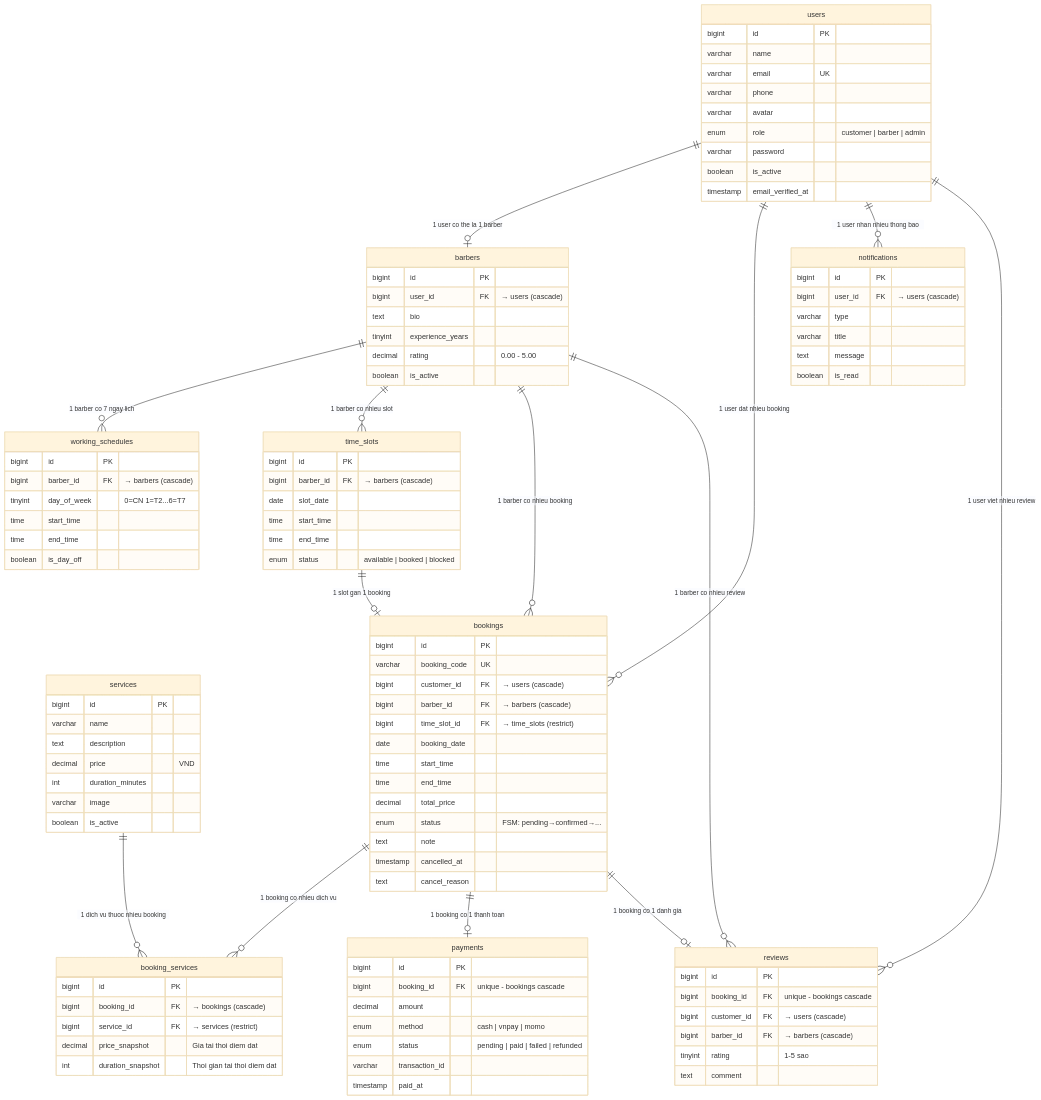
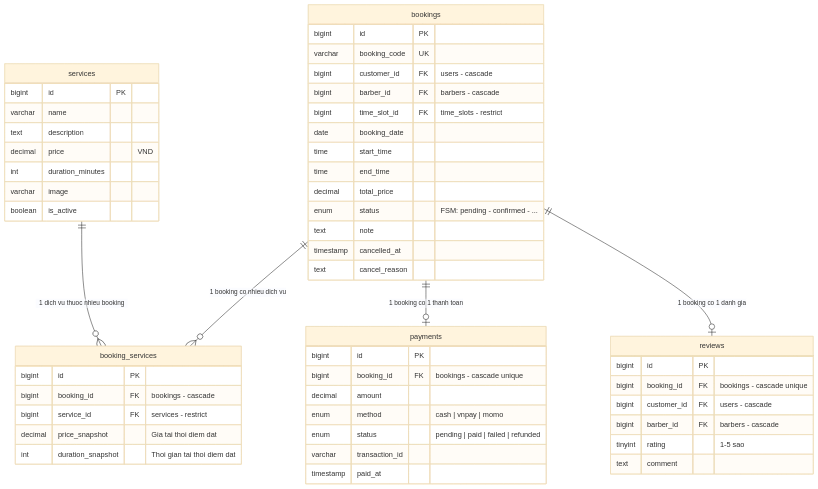
One commit to ahryxx0602/barber-shop-booking changed the third of 3 diagrams in docs/handbook.md. Above: the diagram before and after it, drawn with Mermaid (base theme).

Commit message:
docs:  handbook documentation.

````diff
--- a/docs/handbook.md
+++ b/docs/handbook.md
@@ -1682,24 +1759,19 @@
 ```mermaid
 erDiagram
-    users {
+    bookings {
         bigint id PK
-        varchar name
-        varchar email UK
-        varchar phone
-        varchar avatar
-        enum role "customer | barber | admin"
-        varchar password
-        boolean is_active
-        timestamp email_verified_at
-    }
-
-    barbers {
-        bigint id PK
-        bigint user_id FK "→ users (cascade)"
-        text bio
-        tinyint experience_years
-        decimal rating "0.00 - 5.00"
-        boolean is_active
+        varchar booking_code UK
+        bigint customer_id FK "users - cascade"
+        bigint barber_id FK "barbers - cascade"
+        bigint time_slot_id FK "time_slots - restrict"
+        date booking_date
+        time start_time
+        time end_time
+        decimal total_price
+        enum status "FSM: pending - confirmed - ..."
+        text note
+        timestamp cancelled_at
+        text cancel_reason
     }
 
     services {
@@ -1712,51 +1784,17 @@
         boolean is_active
     }
 
-    working_schedules {
-        bigint id PK
-        bigint barber_id FK "→ barbers (cascade)"
-        tinyint day_of_week "0=CN 1=T2...6=T7"
-        time start_time
-        time end_time
-        boolean is_day_off
-    }
-
-    time_slots {
-        bigint id PK
-        bigint barber_id FK "→ barbers (cascade)"
-        date slot_date
-        time start_time
-        time end_time
-        enum status "available | booked | blocked"
-    }
-
-    bookings {
-        bigint id PK
-        varchar booking_code UK
-        bigint customer_id FK "→ users (cascade)"
-        bigint barber_id FK "→ barbers (cascade)"
-        bigint time_slot_id FK "→ time_slots (restrict)"
-        date booking_date
-        time start_time
-        time end_time
-        decimal total_price
-        enum status "FSM: pending→confirmed→..."
-        text note
-        timestamp cancelled_at
-        text cancel_reason
-    }
-
     booking_services {
         bigint id PK
-        bigint booking_id FK "→ bookings (cascade)"
-        bigint service_id FK "→ services (restrict)"
+        bigint booking_id FK "bookings - cascade"
+        bigint service_id FK "services - restrict"
         decimal price_snapshot "Gia tai thoi diem dat"
         int duration_snapshot "Thoi gian tai thoi diem dat"
     }
 
     payments {
         bigint id PK
-        bigint booking_id FK "unique - bookings cascade"
+        bigint booking_id FK "bookings - cascade unique"
         decimal amount
         enum method "cash | vnpay | momo"
         enum status "pending | paid | failed | refunded"
@@ -1766,37 +1804,15 @@
 
     reviews {
         bigint id PK
-        bigint booking_id FK "unique - bookings cascade"
-        bigint customer_id FK "→ users (cascade)"
-        bigint barber_id FK "→ barbers (cascade)"
+        bigint booking_id FK "bookings - cascade unique"
+        bigint customer_id FK "users - cascade"
+        bigint barber_id FK "barbers - cascade"
         tinyint rating "1-5 sao"
         text comment
     }
 
-    notifications {
-        bigint id PK
-        bigint user_id FK "→ users (cascade)"
-        varchar type
-        varchar title
-        text message
-        boolean is_read
-    }
-
-    users ||--o| barbers : "1 user co the la 1 barber"
-    users ||--o{ bookings : "1 user dat nhieu booking"
-    users ||--o{ notifications : "1 user nhan nhieu thong bao"
-    users ||--o{ reviews : "1 user viet nhieu review"
-
-    barbers ||--o{ working_schedules : "1 barber co 7 ngay lich"
-    barbers ||--o{ time_slots : "1 barber co nhieu slot"
-    barbers ||--o{ bookings : "1 barber co nhieu booking"
-    barbers ||--o{ reviews : "1 barber co nhieu review"
-
-    time_slots ||--o| bookings : "1 slot gan 1 booking"
-
     bookings ||--o{ booking_services : "1 booking co nhieu dich vu"
     services ||--o{ booking_services : "1 dich vu thuoc nhieu booking"
-
     bookings ||--o| payments : "1 booking co 1 thanh toan"
     bookings ||--o| reviews : "1 booking co 1 danh gia"
 ```
````
